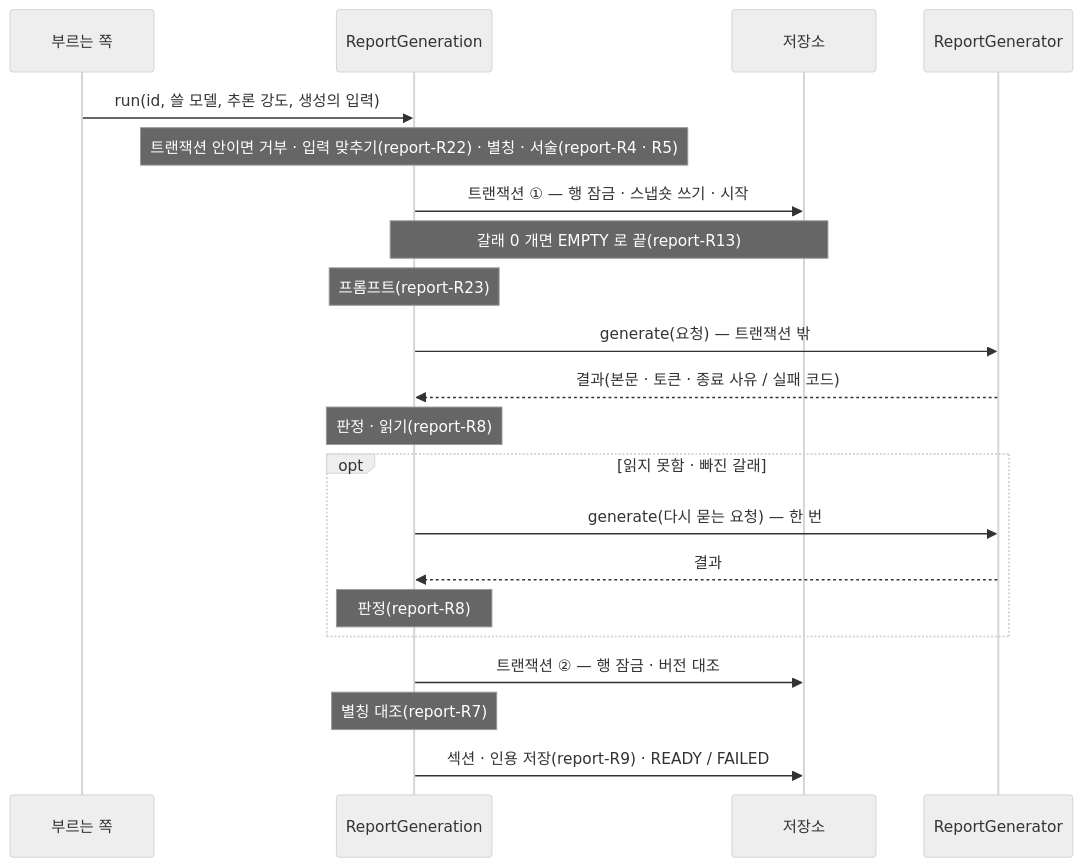
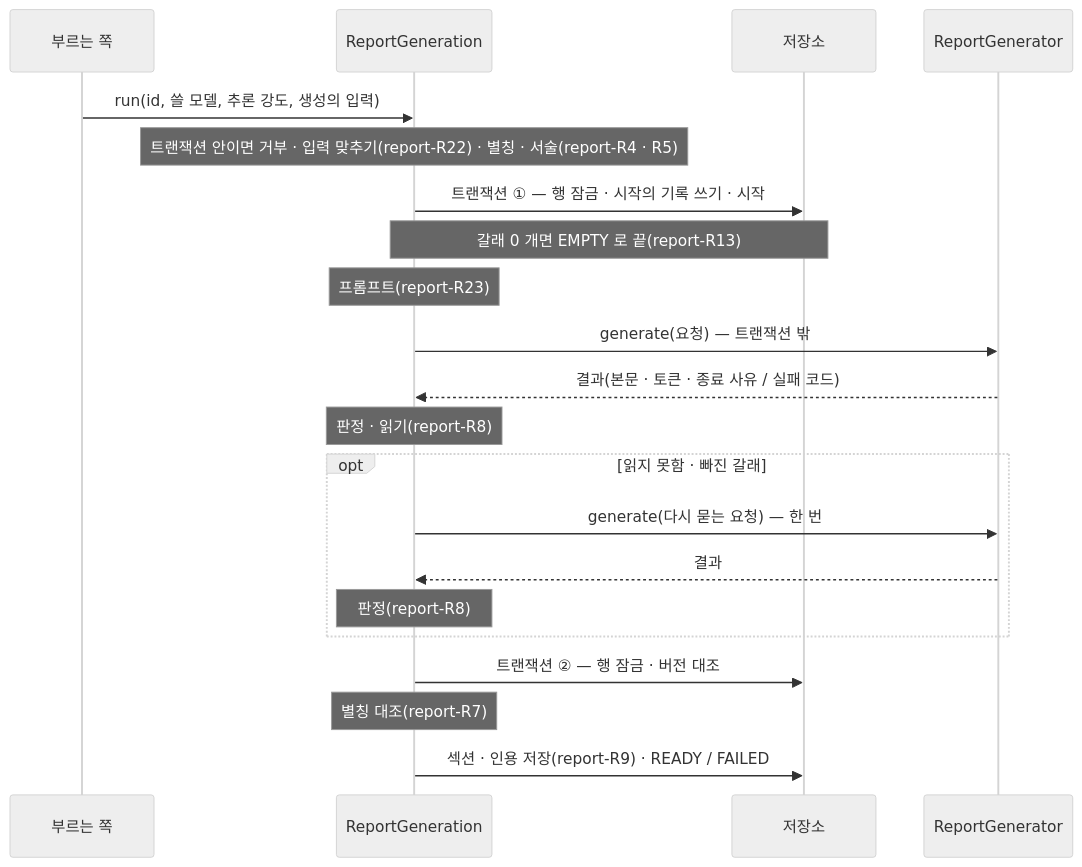
Before and after one commit to Theia0382/yozm-news: the diagram in docs/specs/report.md, drawn with Mermaid (neutral theme). The commit also changed other lines of this file and 11 other files, not shown here.

````diff
--- a/docs/specs/report.md
+++ b/docs/specs/report.md
@@ -158,23 +185,23 @@
 ```mermaid
 sequenceDiagram
     participant U as 부르는 쪽
     participant G as ReportGeneration
     participant DB as 저장소
     participant X as ReportGenerator
     U->>G: run(id, 쓸 모델, 추론 강도, 생성의 입력)
     Note over G: 트랜잭션 안이면 거부 · 입력 맞추기(report-R22) · 별칭 · 서술(report-R4 · R5)
-    G->>DB: 트랜잭션 ① — 행 잠금 · 스냅숏 쓰기 · 시작
+    G->>DB: 트랜잭션 ① — 행 잠금 · 시작의 기록 쓰기 · 시작
     Note over G,DB: 갈래 0 개면 EMPTY 로 끝(report-R13)
     Note over G: 프롬프트(report-R23)
     G->>X: generate(요청) — 트랜잭션 밖
     X-->>G: 결과(본문 · 토큰 · 종료 사유 / 실패 코드)
     Note over G: 판정 · 읽기(report-R8)
     opt 읽지 못함 · 빠진 갈래
         G->>X: generate(다시 묻는 요청) — 한 번
         X-->>G: 결과
         Note over G: 판정(report-R8)
     end
     G->>DB: 트랜잭션 ② — 행 잠금 · 버전 대조
     Note over G: 별칭 대조(report-R7)
     G->>DB: 섹션 · 인용 저장(report-R9) · READY / FAILED
 ```
````
